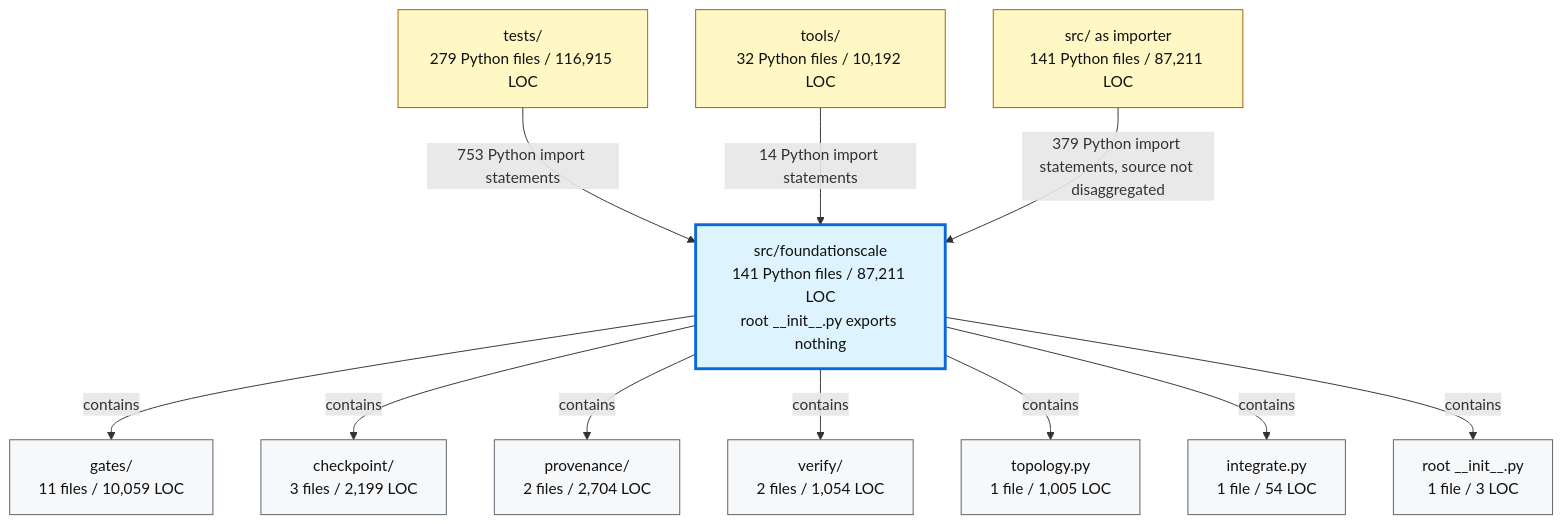
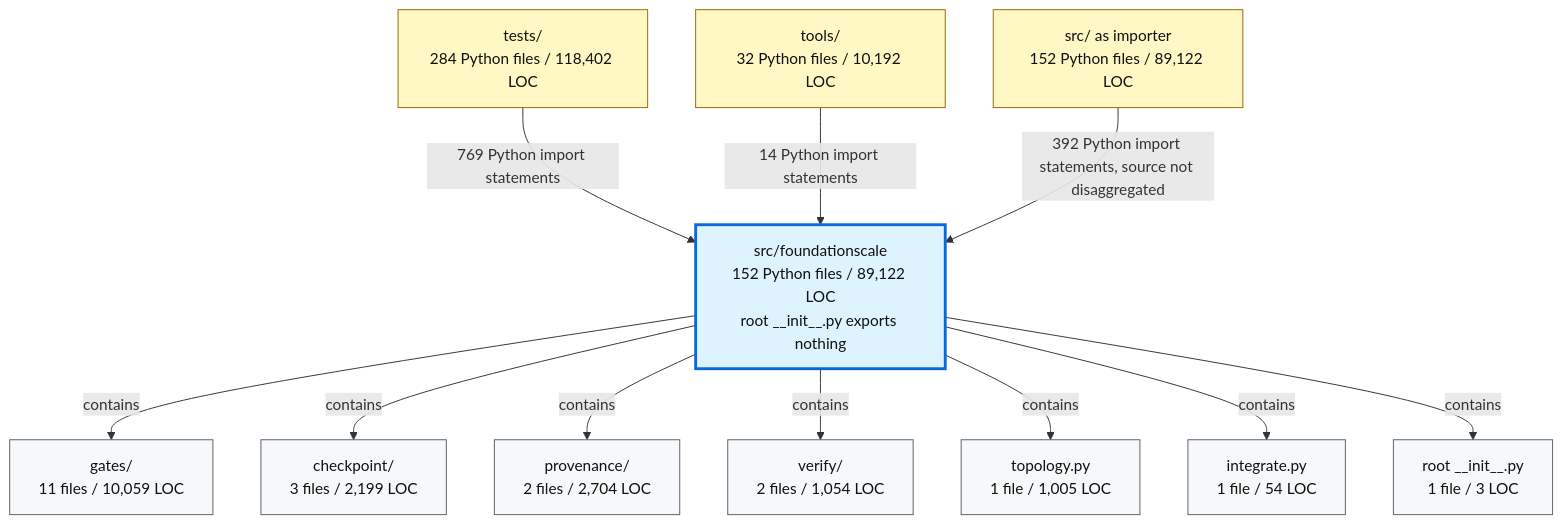
Before and after one commit to TranNhiem/FoundationScale: the second of 2 diagrams in docs/review/D2_current_architecture.md, drawn with Mermaid. The commit also changed other lines of this file and 10 other files, not shown here.

````diff
--- a/docs/review/D2_current_architecture.md
+++ b/docs/review/D2_current_architecture.md
@@ -97,36 +97,36 @@
 ```mermaid
 flowchart TB
-  TESTS["tests/<br/>279 Python files / 116,915 LOC"]
+  TESTS["tests/<br/>284 Python files / 118,402 LOC"]
   TOOLS["tools/<br/>32 Python files / 10,192 LOC"]
-  SRC["src/ as importer<br/>141 Python files / 87,211 LOC"]
+  SRC["src/ as importer<br/>152 Python files / 89,122 LOC"]
 
-  FS["src/foundationscale<br/>141 Python files / 87,211 LOC<br/>root __init__.py exports nothing"]
+  FS["src/foundationscale<br/>152 Python files / 89,122 LOC<br/>root __init__.py exports nothing"]
 
   GATES["gates/<br/>11 files / 10,059 LOC"]
   CKPT["checkpoint/<br/>3 files / 2,199 LOC"]
   PROV["provenance/<br/>2 files / 2,704 LOC"]
   VERIFY["verify/<br/>2 files / 1,054 LOC"]
   TOPO["topology.py<br/>1 file / 1,005 LOC"]
   INTEG["integrate.py<br/>1 file / 54 LOC"]
   ROOT["root __init__.py<br/>1 file / 3 LOC"]
 
-  TESTS -->|"753 Python import statements"| FS
+  TESTS -->|"769 Python import statements"| FS
   TOOLS -->|"14 Python import statements"| FS
-  SRC -->|"379 Python import statements, source not disaggregated"| FS
+  SRC -->|"392 Python import statements, source not disaggregated"| FS
 
   FS -->|"contains"| GATES
   FS -->|"contains"| CKPT
   FS -->|"contains"| PROV
   FS -->|"contains"| VERIFY
   FS -->|"contains"| TOPO
   FS -->|"contains"| INTEG
   FS -->|"contains"| ROOT
 
   classDef consumer fill:#fff8c5,stroke:#9a6700,color:#111;
   classDef package fill:#ddf4ff,stroke:#0969da,stroke-width:3px,color:#111;
   classDef module fill:#f6f8fa,stroke:#57606a,color:#111;
 
   class TESTS,TOOLS,SRC consumer;
   class FS package;
   class GATES,CKPT,PROV,VERIFY,TOPO,INTEG,ROOT module;
 ```
````
